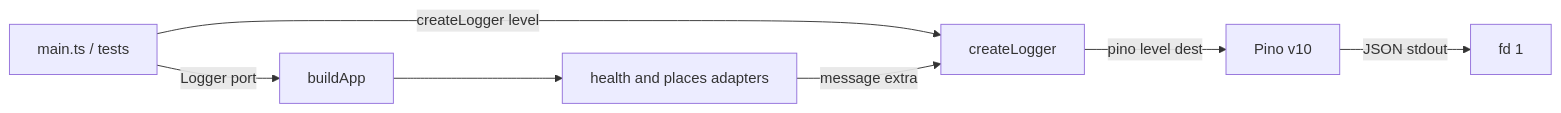
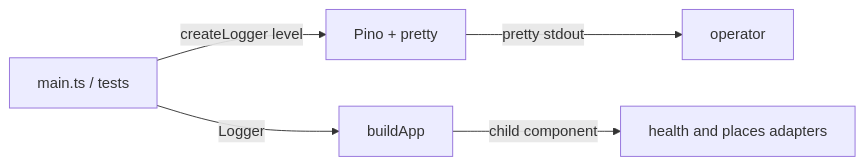
The diagram in docs/plans/2026-08-18-001-refactor-pino-logger-plan.md (adj2424/places), drawn with Mermaid before and after one commit. The commit also changed other lines of this file and 8 other files, not shown here.

First line of the commit message:
docs: restate living logger docs for native Pino product

````diff
--- a/docs/plans/2026-08-18-001-refactor-pino-logger-plan.md
+++ b/docs/plans/2026-08-18-001-refactor-pino-logger-plan.md
@@ -166,9 +140,7 @@
 ```mermaid
 flowchart LR
-  main["main.ts / tests"] -->|createLogger level| wrap["createLogger"]
-  wrap -->|pino level dest| pino["Pino v10"]
-  main -->|Logger port| app["buildApp"]
-  app --> adapters["health and places adapters"]
-  adapters -->|message extra| wrap
-  pino -->|JSON stdout| out["fd 1"]
+  main["main.ts / tests"] -->|createLogger level| pino["Pino + pretty"]
+  main -->|Logger| app["buildApp"]
+  app -->|child component| adapters["health and places adapters"]
+  pino -->|pretty stdout| out["operator"]
 ```
````
